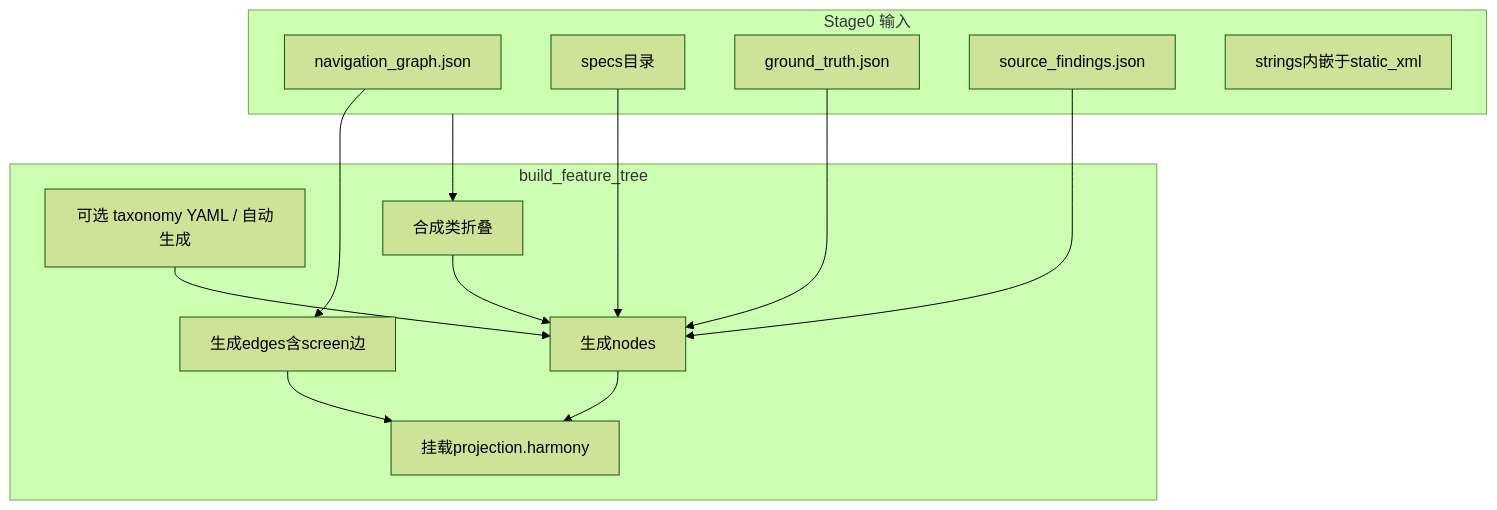
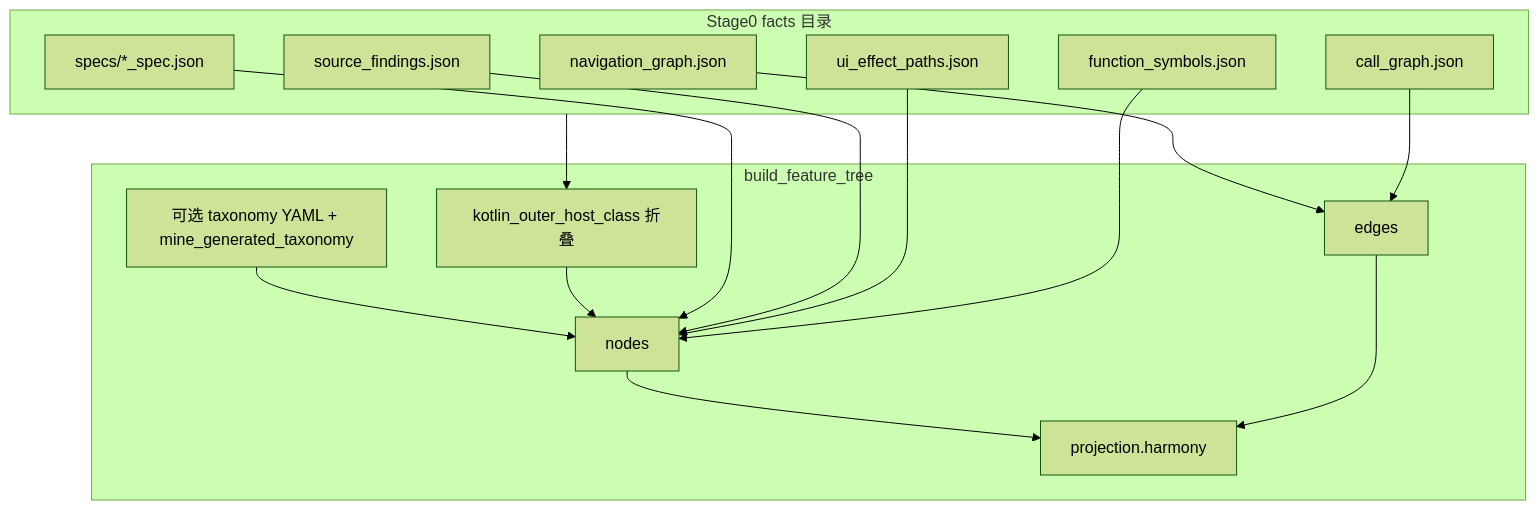
Before and after one commit to Junkang123456/harmony-migration-toolkit: the diagram in docs/FEATURE_TREE_AND_VIEWER_DESIGN.md, drawn with Mermaid (forest theme). The commit also changed other lines of this file, not shown here.

````diff
--- a/docs/FEATURE_TREE_AND_VIEWER_DESIGN.md
+++ b/docs/FEATURE_TREE_AND_VIEWER_DESIGN.md
@@ -180,26 +214,29 @@
 ```mermaid
 flowchart TB
-  subgraph in [Stage0 输入]
+  subgraph in [Stage0 facts 目录]
     NAV[navigation_graph.json]
-    SPEC[specs目录]
-    GT[ground_truth.json]
+    SPEC[specs/*_spec.json]
     SF[source_findings.json]
-    STR[strings内嵌于static_xml]
+    UFX[ui_effect_paths.json]
+    FSYM[function_symbols.json]
+    CG[call_graph.json]
   end
   subgraph build [build_feature_tree]
-    TAX[可选 taxonomy YAML / 自动生成]
-    COLLAPSE[合成类折叠]
-    NODES[生成nodes]
-    EDGES[生成edges含screen边]
-    PROJ[挂载projection.harmony]
+    TAX[可选 taxonomy YAML + mine_generated_taxonomy]
+    COLLAPSE[kotlin_outer_host_class 折叠]
+    NODES[nodes]
+    EDGES[edges]
+    PROJ[projection.harmony]
   end
   in --> COLLAPSE
   TAX --> NODES
   COLLAPSE --> NODES
   NAV --> EDGES
   SPEC --> NODES
-  GT --> NODES
   SF --> NODES
+  UFX --> NODES
+  FSYM --> NODES
+  CG --> EDGES
   NODES --> PROJ
   EDGES --> PROJ
 ```
````
